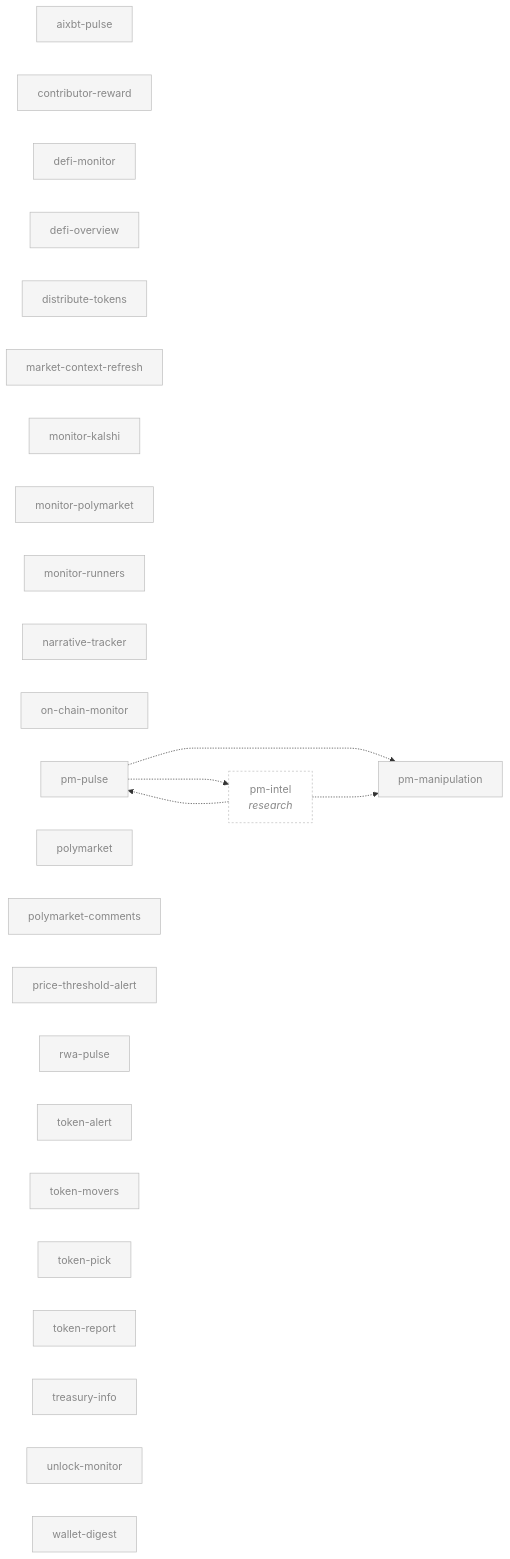
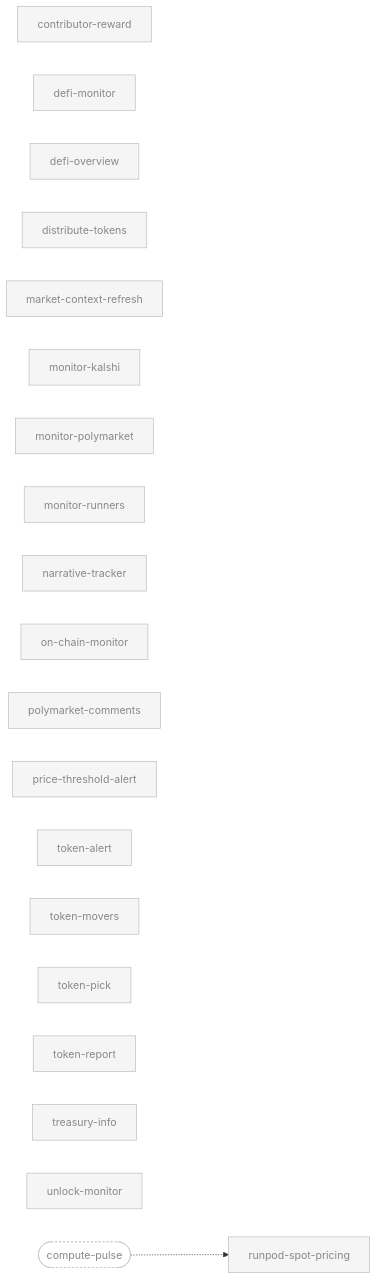
One commit to swarm-ai-research/aeon changed the fifth of 8 diagrams in docs/skill-graph.md. Above: the diagram before and after it, drawn with Mermaid. The commit also changed other lines of this file and 1 other file, not shown here.

First line of the commit message:
docs(skill-graph): regenerate map (172 skills, 43 enabled, mode=SKILL_GRAPH_NEW)

````diff
--- a/docs/skill-graph.md
+++ b/docs/skill-graph.md
@@ -271,62 +289,66 @@
 ```mermaid
 flowchart LR
     classDef enabled fill:#fff,stroke:#000,stroke-width:2px,color:#000
     classDef disabled fill:#f5f5f5,stroke:#bbb,color:#888
     classDef external fill:none,stroke:#bbb,stroke-dasharray:3 3,color:#888
-    aixbt-pulse["aixbt-pulse"]
     contributor-reward["contributor-reward"]
     defi-monitor["defi-monitor"]
     defi-overview["defi-overview"]
     distribute-tokens["distribute-tokens"]
     market-context-refresh["market-context-refresh"]
     monitor-kalshi["monitor-kalshi"]
     monitor-polymarket["monitor-polymarket"]
     monitor-runners["monitor-runners"]
     narrative-tracker["narrative-tracker"]
     on-chain-monitor["on-chain-monitor"]
-    pm-manipulation["pm-manipulation"]
-    pm-pulse["pm-pulse"]
-    polymarket["polymarket"]
     polymarket-comments["polymarket-comments"]
     price-threshold-alert["price-threshold-alert"]
-    rwa-pulse["rwa-pulse"]
+    runpod-spot-pricing["runpod-spot-pricing"]
     token-alert["token-alert"]
     token-movers["token-movers"]
     token-pick["token-pick"]
     token-report["token-report"]
     treasury-info["treasury-info"]
     unlock-monitor["unlock-monitor"]
-    wallet-digest["wallet-digest"]
-    pm-pulse -..-> pm-manipulation
-    pm-intel["pm-intel<br/><i>research</i>"]
-    pm-intel -..-> pm-manipulation
-    pm-intel -..-> pm-pulse
-    pm-pulse -..-> pm-intel
-    click aixbt-pulse "../skills/aixbt-pulse/SKILL.md"
+    compute-pulse(["compute-pulse"]):::external
+    compute-pulse -..-> runpod-spot-pricing
+    class contributor-reward disabled
+    class defi-monitor disabled
+    class defi-overview disabled
+    class distribute-tokens disabled
+    class market-context-refresh disabled
+    class monitor-kalshi disabled
+    class monitor-polymarket disabled
+    class monitor-runners disabled
+    class narrative-tracker disabled
+    class on-chain-monitor disabled
+    class polymarket-comments disabled
+    class price-threshold-alert disabled
+    class runpod-spot-pricing disabled
+    class token-alert disabled
+    class token-movers disabled
+    class token-pick disabled
+    class token-report disabled
+    class treasury-info disabled
+    class unlock-monitor disabled
     click contributor-reward "../skills/contributor-reward/SKILL.md"
     click defi-monitor "../skills/defi-monitor/SKILL.md"
     click defi-overview "../skills/defi-overview/SKILL.md"
     click distribute-tokens "../skills/distribute-tokens/SKILL.md"
     click market-context-refresh "../skills/market-context-refresh/SKILL.md"
     click monitor-kalshi "../skills/monitor-kalshi/SKILL.md"
     click monitor-polymarket "../skills/monitor-polymarket/SKILL.md"
     click monitor-runners "../skills/monitor-runners/SKILL.md"
     click narrative-tracker "../skills/narrative-tracker/SKILL.md"
     click on-chain-monitor "../skills/on-chain-monitor/SKILL.md"
-    click pm-manipulation "../skills/pm-manipulation/SKILL.md"
-    click pm-pulse "../skills/pm-pulse/SKILL.md"
-    click polymarket "../skills/polymarket/SKILL.md"
     click polymarket-comments "../skills/polymarket-comments/SKILL.md"
     click price-threshold-alert "../skills/price-threshold-alert/SKILL.md"
-    click rwa-pulse "../skills/rwa-pulse/SKILL.md"
+    click runpod-spot-pricing "../skills/runpod-spot-pricing/SKILL.md"
     click token-alert "../skills/token-alert/SKILL.md"
     click token-movers "../skills/token-movers/SKILL.md"
     click token-pick "../skills/token-pick/SKILL.md"
     click token-report "../skills/token-report/SKILL.md"
     click treasury-info "../skills/treasury-info/SKILL.md"
     click unlock-monitor "../skills/unlock-monitor/SKILL.md"
-    click wallet-digest "../skills/wallet-digest/SKILL.md"
-    click pm-intel "../skills/pm-intel/SKILL.md"
-    class aixbt-pulse,contributor-reward,defi-monitor,defi-overview,distribute-tokens,market-context-refresh,monitor-kalshi,monitor-polymarket,monitor-runners,narrative-tracker,on-chain-monitor,pm-manipulation,pm-pulse,polymarket,polymarket-comments,price-threshold-alert,rwa-pulse,token-alert,token-movers,token-pick,token-report,treasury-info,unlock-monitor,wallet-digest disabled
-    class pm-intel external
+    click compute-pulse "../skills/compute-pulse/SKILL.md"
 ```
````
